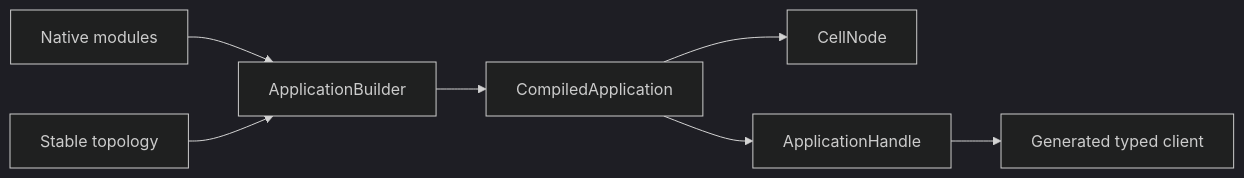
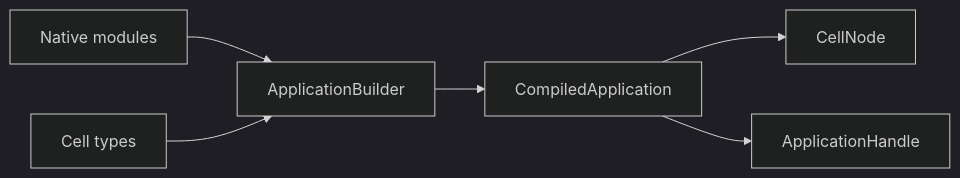
The diagram in crates/cellule-app/README.md (andypeng2015/cellule), drawn with Mermaid (dark theme) before and after one commit. The commit also changed other lines of this file and 181 other files, not shown here.

````diff
--- a/crates/cellule-app/README.md
+++ b/crates/cellule-app/README.md
@@ -7,9 +6,8 @@
 ```mermaid
 flowchart LR
     Modules[Native modules] --> Builder[ApplicationBuilder]
-    Topology[Stable topology] --> Builder
-    Builder --> Compiled[CompiledApplication]
-    Compiled --> Host[CellNode]
-    Compiled --> Handle[ApplicationHandle]
-    Handle --> Client[Generated typed client]
+    Topology[Cell types] --> Builder
+    Builder --> Descriptor[CompiledApplication]
+    Descriptor --> Host[CellNode]
+    Descriptor --> Handle[ApplicationHandle]
 ```
````
